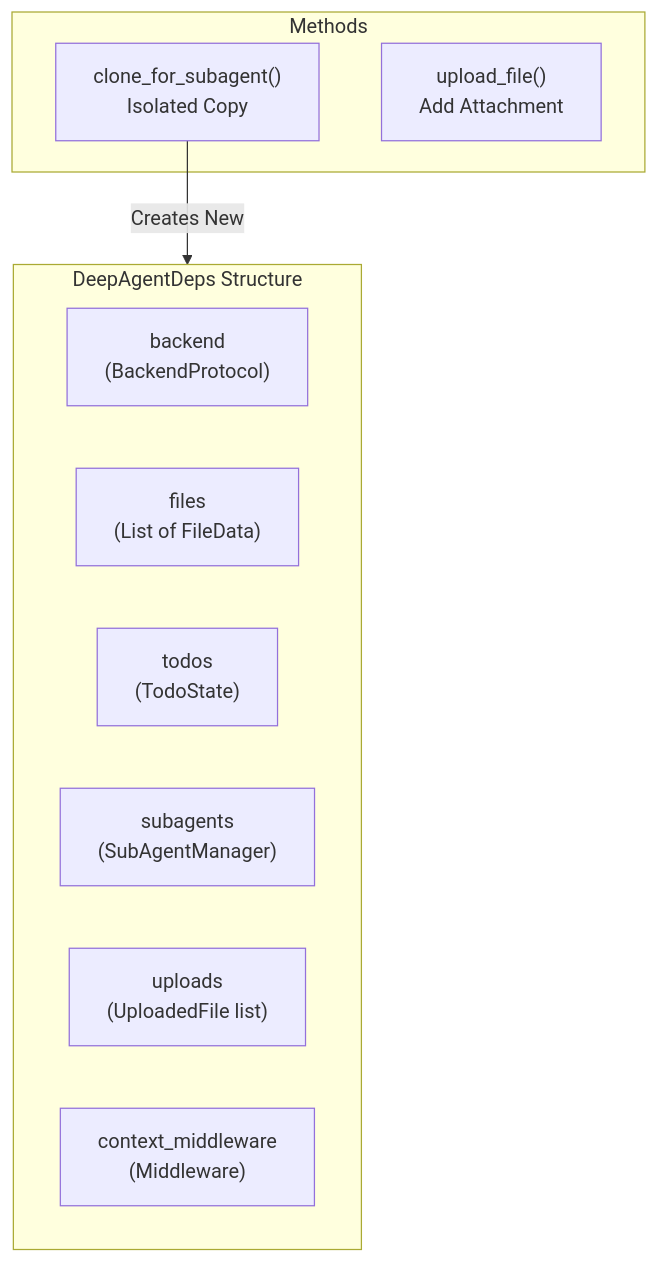
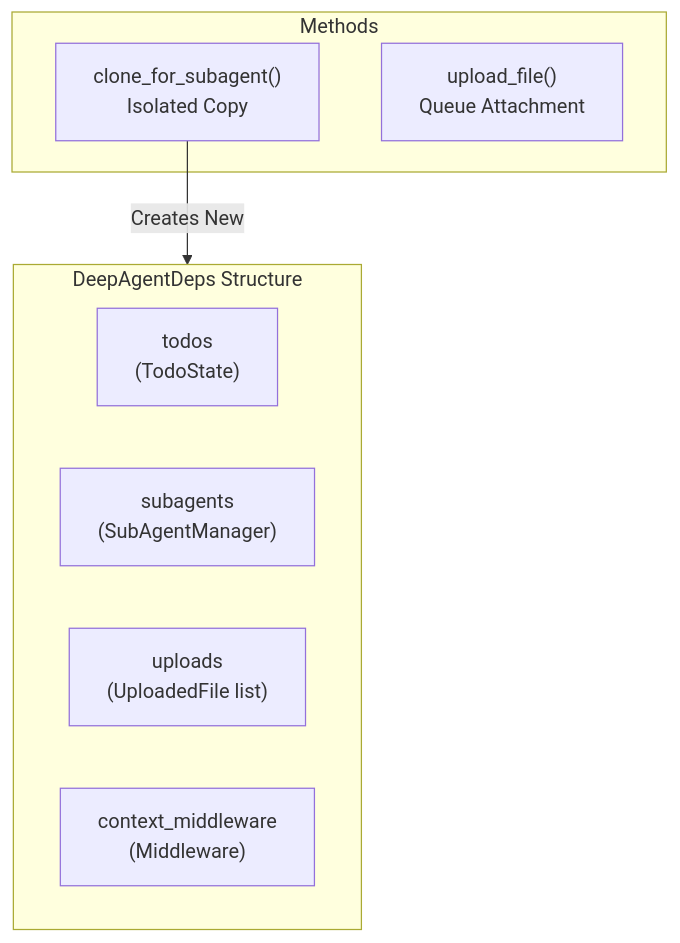
One commit to vstorm-co/pydantic-deepagents changed the fifth of 13 diagrams in docs/c4/2-architecture-overview.md. Above: the diagram before and after it, drawn with Mermaid. The commit also changed other lines of this file and 68 other files, not shown here.

````diff
--- a/docs/c4/2-architecture-overview.md
+++ b/docs/c4/2-architecture-overview.md
@@ -319,18 +317,16 @@
 ```mermaid
 flowchart TD
     subgraph DepsStructure["DeepAgentDeps Structure"]
-        BACKEND["backend<br/>(BackendProtocol)"]
-        FILES["files<br/>(List of FileData)"]
         TODOS["todos<br/>(TodoState)"]
         SUBAGENTS["subagents<br/>(SubAgentManager)"]
         UPLOADS["uploads<br/>(UploadedFile list)"]
         CTXMW["context_middleware<br/>(Middleware)"]
     end
 
     subgraph DepsMethods["Methods"]
         CLONE["clone_for_subagent()<br/>Isolated Copy"]
-        UPLOAD["upload_file()<br/>Add Attachment"]
+        UPLOAD["upload_file()<br/>Queue Attachment"]
     end
 
     CLONE -->|"Creates New"| DepsStructure
 ```
````
